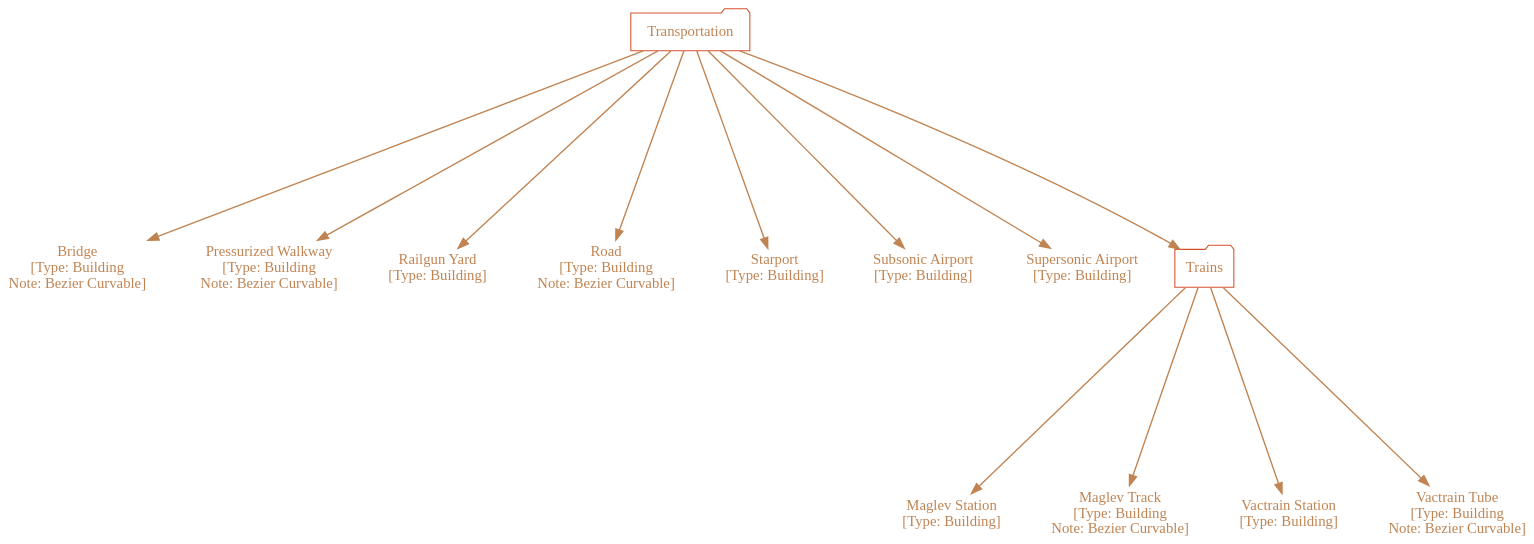
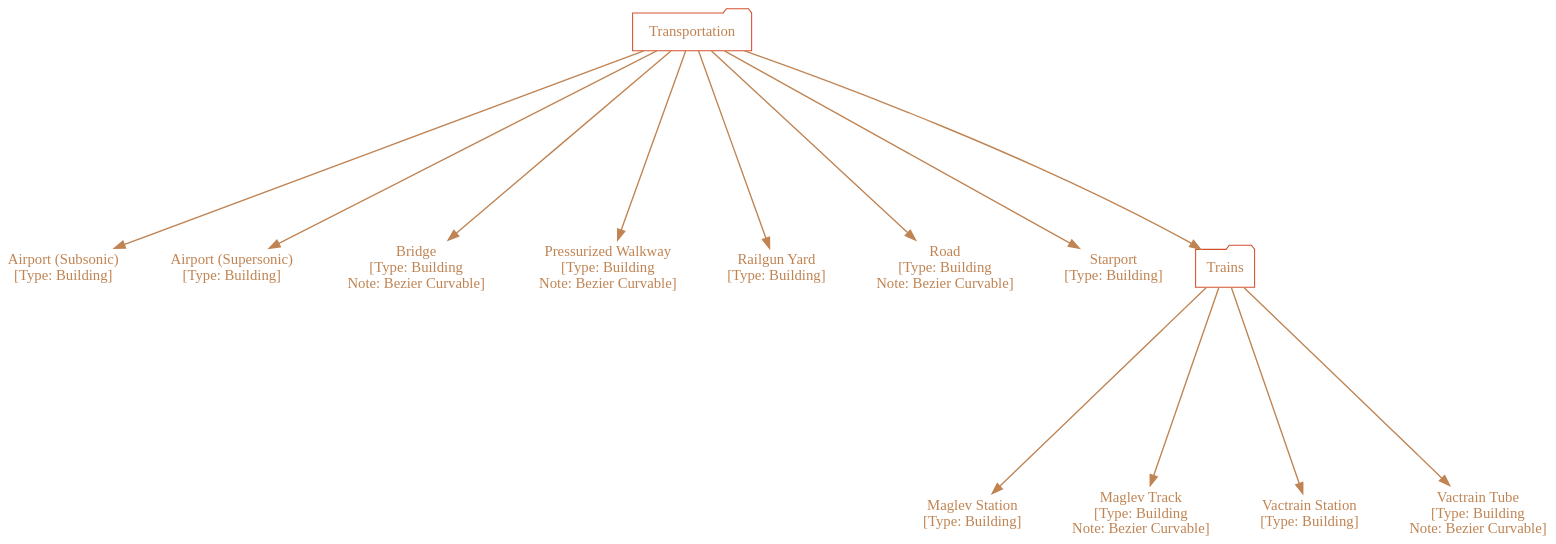
The diagram in Handbook/Game_Mechanics/Graphviz/Units_User_Basic_Transportation.dot.gv (cartesiantheatre/handbook), drawn with Graphviz before and after one commit. The commit also changed other lines of this file and 7 other files, not shown here.

```diff
--- a/Handbook/Game_Mechanics/Graphviz/Units_User_Basic_Transportation.dot.gv
+++ b/Handbook/Game_Mechanics/Graphviz/Units_User_Basic_Transportation.dot.gv
@@ -1,63 +1,63 @@
 /*
   This is part of the Avaneya Project Crew Handbook.
   Copyright (C) 2010, 2011, 2012
     Kshatra Corp.
   See the file License for copying conditions.
   
   To manually compile:
       $ sudo aptitude install graphviz
       $ twopi -Tpdf Units_User_Basic_Transportation.twopi.gv -o Units_User_Basic_Transportation.pdf
 */
 
 digraph Units_User_Basic_Transportation
 {
     // Graph attributes...
 	bgcolor="transparent";
 	margin="0";
 	ratio="auto";
     ranksep="2.5";
     pad="0.5,0.5";
     compound="true";
     overlap="vpsc";
     root="Transportation";
 
 	// Node attributes...
 	node[color="#d3502dff"];
 	node[fillcolor="gray10"];
     node[fontcolor="#c08453ff"];
     node[fontname="Ubuntu"];
     node[shape="none"]
 	
 	// Edge attributes...
 	edge[color="#c08453ff"];
 	edge[penwidth="1.3"];
 
     // Units...
+    "Airport (Subsonic)"[label="Airport (Subsonic)\n[Type: Building]"];
+    "Airport (Supersonic)"[label="Airport (Supersonic)\n[Type: Building]"];
     "Bridge"[label="Bridge\n[Type: Building\nNote: Bezier Curvable]"];
     "Maglev Station"[label="Maglev Station\n[Type: Building]"];
     "Maglev Track"[label="Maglev Track\n[Type: Building\nNote: Bezier Curvable]"];
     "Pressurized Walkway"[label="Pressurized Walkway\n[Type: Building\nNote: Bezier Curvable]"];
     "Railgun Yard"[label="Railgun Yard\n[Type: Building]"];
     "Road"[label="Road\n[Type: Building\nNote: Bezier Curvable]"];
     "Starport"[label="Starport\n[Type: Building]"];
-    "Subsonic Airport"[label="Subsonic Airport\n[Type: Building]"];
-    "Supersonic Airport"[label="Supersonic Airport\n[Type: Building]"];
     "Vactrain Station"[label="Vactrain Station\n[Type: Building]"];
     "Vactrain Tube"[label="Vactrain Tube\n[Type: Building\nNote: Bezier Curvable]"];
 
     // Categorical relations, but not build dependencies...
     "Transportation"[shape="folder"];
+        "Transportation" -> "Airport (Subsonic)";
+        "Transportation" -> "Airport (Supersonic)";
         "Transportation" -> "Bridge";
         "Transportation" -> "Pressurized Walkway";
         "Transportation" -> "Railgun Yard";
         "Transportation" -> "Road";
         "Transportation" -> "Starport";
-        "Transportation" -> "Subsonic Airport";
-        "Transportation" -> "Supersonic Airport";
         "Trains"[shape="folder"];
         "Transportation" -> "Trains";
             "Trains" -> "Maglev Station";
             "Trains" -> "Maglev Track";
             "Trains" -> "Vactrain Station";
             "Trains" -> "Vactrain Tube";
 }
```
